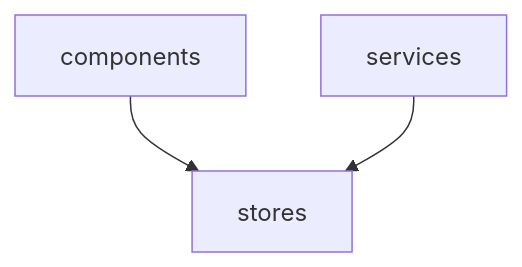
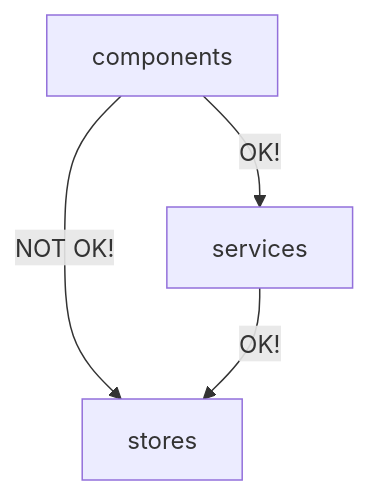
One commit to mattriley/node-module-composer changed the second of 5 diagrams in README.md. Above: the diagram before and after it, drawn with Mermaid. The commit also changed other lines of this file and 1 other file, not shown here.

````diff
--- a/README.md
+++ b/README.md
@@ -309,5 +294,6 @@
 ```mermaid
 graph TD;
-    components-->stores;
-    services-->stores;
+    components-->|OK!|services;
+    components-->|NOT OK!|stores;
+    services-->|OK!|stores;
 ```
````
